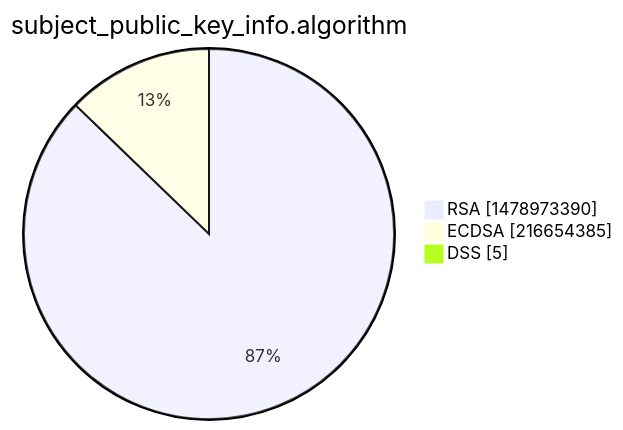
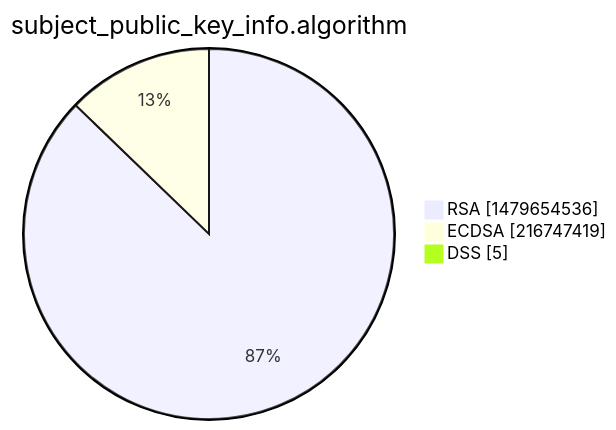
Before and after one commit to christiankrug/ctmonitor_visualization: the third of 15 diagrams in xenon2022/README.md, drawn with Mermaid. The commit also changed other lines of this file, not shown here.

````diff
--- a/xenon2022/README.md
+++ b/xenon2022/README.md
@@ -14,7 +14,7 @@
 ```mermaid
 pie showData
 title subject_public_key_info.algorithm
-"RSA" :1478973390
-"ECDSA" :216654385
+"RSA" :1479654536
+"ECDSA" :216747419
 "DSS" :5
 ```
````
